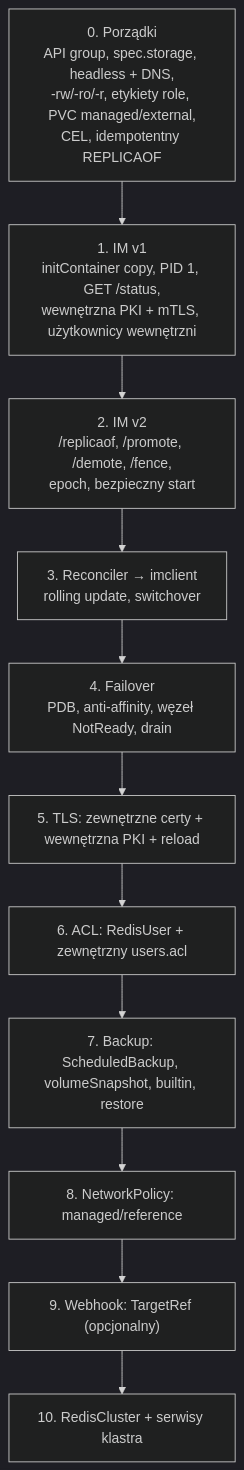
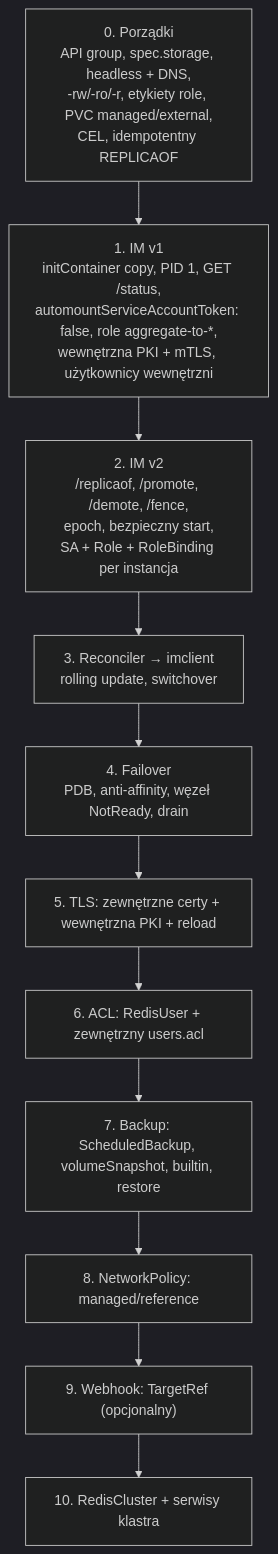
One commit to MrPickle311/redis-operator changed the tenth of 10 diagrams in redis-operator-master-plan.md. Above: the diagram before and after it, drawn with Mermaid (dark theme). The commit also changed other lines of this file and 9 other files, not shown here.

````diff
--- a/redis-operator-master-plan.md
+++ b/redis-operator-master-plan.md
@@ -751,15 +785,15 @@
 ```mermaid
 graph TD
     S0["0. Porządki<br/>API group, spec.storage, headless + DNS,<br/>-rw/-ro/-r, etykiety role, PVC managed/external,<br/>CEL, idempotentny REPLICAOF"]
-    S1["1. IM v1<br/>initContainer copy, PID 1, GET /status,<br/>wewnętrzna PKI + mTLS, użytkownicy wewnętrzni"]
-    S2["2. IM v2<br/>/replicaof, /promote, /demote, /fence,<br/>epoch, bezpieczny start"]
+    S1["1. IM v1<br/>initContainer copy, PID 1, GET /status,<br/>automountServiceAccountToken: false, role aggregate-to-*,<br/>wewnętrzna PKI + mTLS, użytkownicy wewnętrzni"]
+    S2["2. IM v2<br/>/replicaof, /promote, /demote, /fence,<br/>epoch, bezpieczny start,<br/>SA + Role + RoleBinding per instancja"]
     S3["3. Reconciler → imclient<br/>rolling update, switchover"]
     S4["4. Failover<br/>PDB, anti-affinity, węzeł NotReady, drain"]
     S5["5. TLS: zewnętrzne certy + wewnętrzna PKI + reload"]
     S6["6. ACL: RedisUser + zewnętrzny users.acl"]
     S7["7. Backup: ScheduledBackup, volumeSnapshot, builtin, restore"]
     S8["8. NetworkPolicy: managed/reference"]
     S9["9. Webhook: TargetRef (opcjonalny)"]
     S10["10. RedisCluster + serwisy klastra"]
     S0 --> S1 --> S2 --> S3 --> S4 --> S5 --> S6 --> S7 --> S8 --> S9 --> S10
 ```
````
